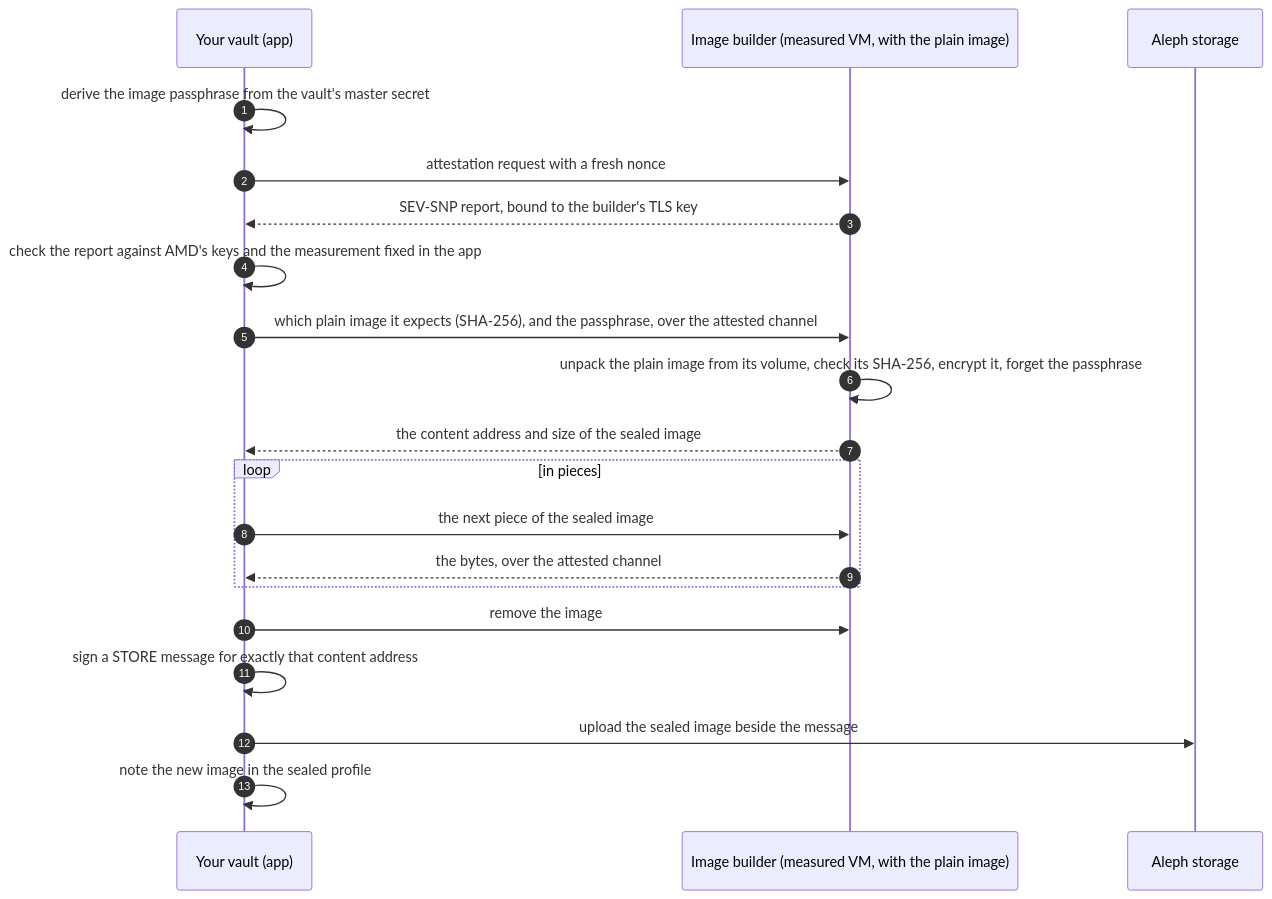
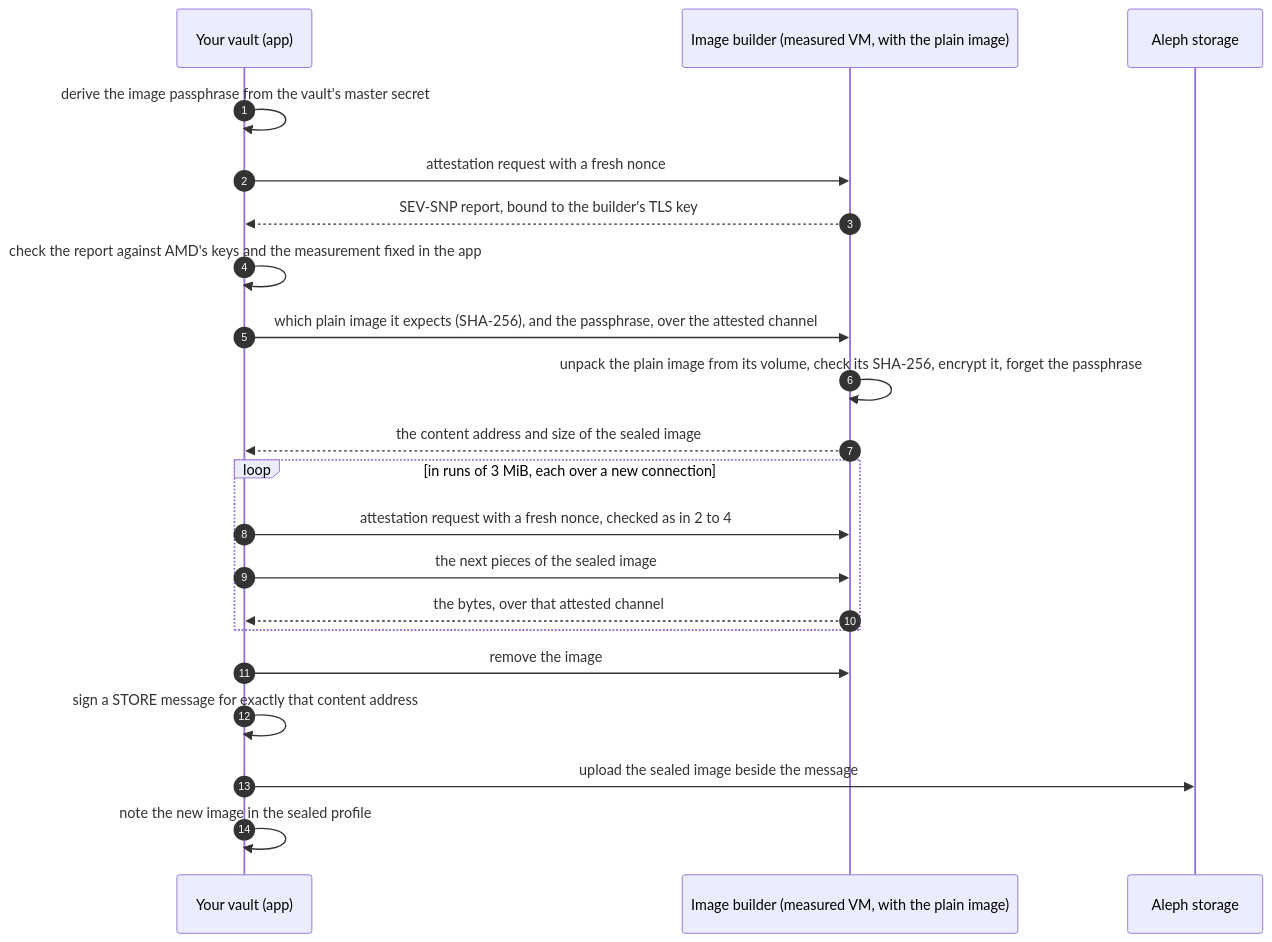
One commit to Le-Space/paperless-anywhere changed the first of 2 diagrams in docs/own-image.md. Above: the diagram before and after it, drawn with Mermaid. The commit also changed other lines of this file and 3 other files, not shown here.

````diff
--- a/docs/own-image.md
+++ b/docs/own-image.md
@@ -36,22 +36,23 @@
 ```mermaid
 sequenceDiagram
     autonumber
     participant V as Your vault (app)
     participant B as Image builder (measured VM, with the plain image)
     participant A as Aleph storage
     V->>V: derive the image passphrase from the vault's master secret
     V->>B: attestation request with a fresh nonce
     B-->>V: SEV-SNP report, bound to the builder's TLS key
     V->>V: check the report against AMD's keys and the measurement fixed in the app
     V->>B: which plain image it expects (SHA-256), and the passphrase, over the attested channel
     B->>B: unpack the plain image from its volume, check its SHA-256, encrypt it, forget the passphrase
     B-->>V: the content address and size of the sealed image
-    loop in pieces
-        V->>B: the next piece of the sealed image
-        B-->>V: the bytes, over the attested channel
+    loop in runs of 3 MiB, each over a new connection
+        V->>B: attestation request with a fresh nonce, checked as in 2 to 4
+        V->>B: the next pieces of the sealed image
+        B-->>V: the bytes, over that attested channel
     end
     V->>B: remove the image
     V->>V: sign a STORE message for exactly that content address
     V->>A: upload the sealed image beside the message
     V->>V: note the new image in the sealed profile
 ```
````
